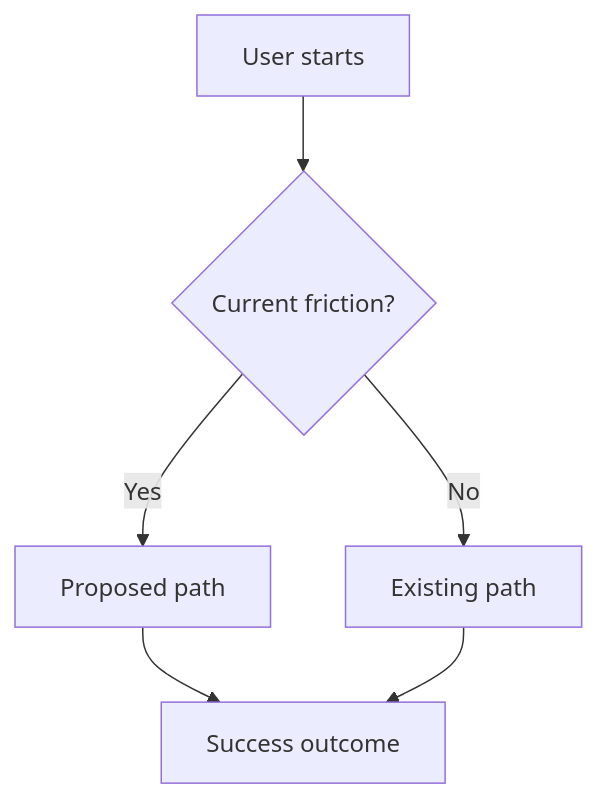
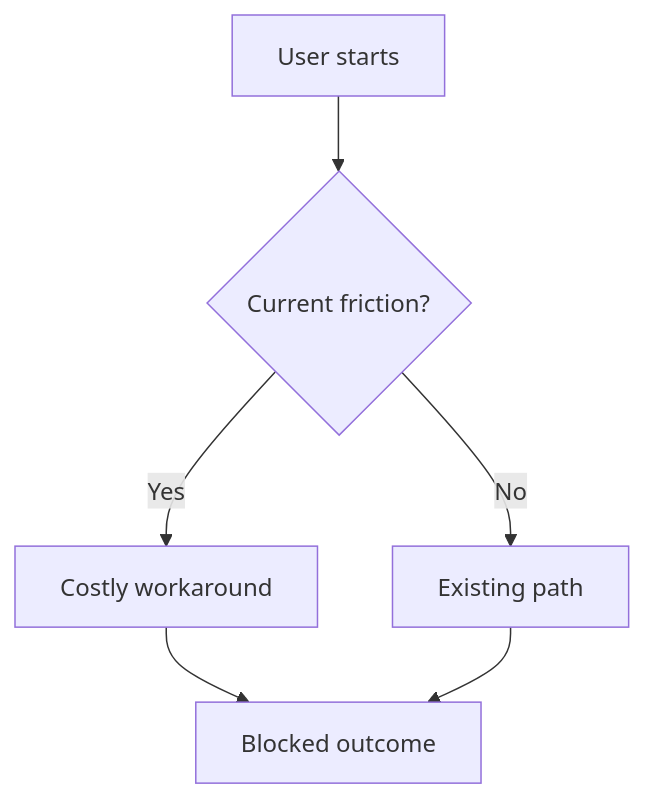
Before and after one commit to geraldmaron/construct: the diagram in templates/docs/prd.md, drawn with Mermaid. The commit also changed other lines of this file and 123 other files, not shown here.

````diff
--- a/templates/docs/prd.md
+++ b/templates/docs/prd.md
@@ -89,8 +50,8 @@
 ```mermaid
 flowchart TD
   A[User starts] --> B{Current friction?}
-  B -->|Yes| C[Proposed path]
+  B -->|Yes| C[Costly workaround]
   B -->|No| D[Existing path]
-  C --> E[Success outcome]
+  C --> E[Blocked outcome]
   D --> E
 ```
````
